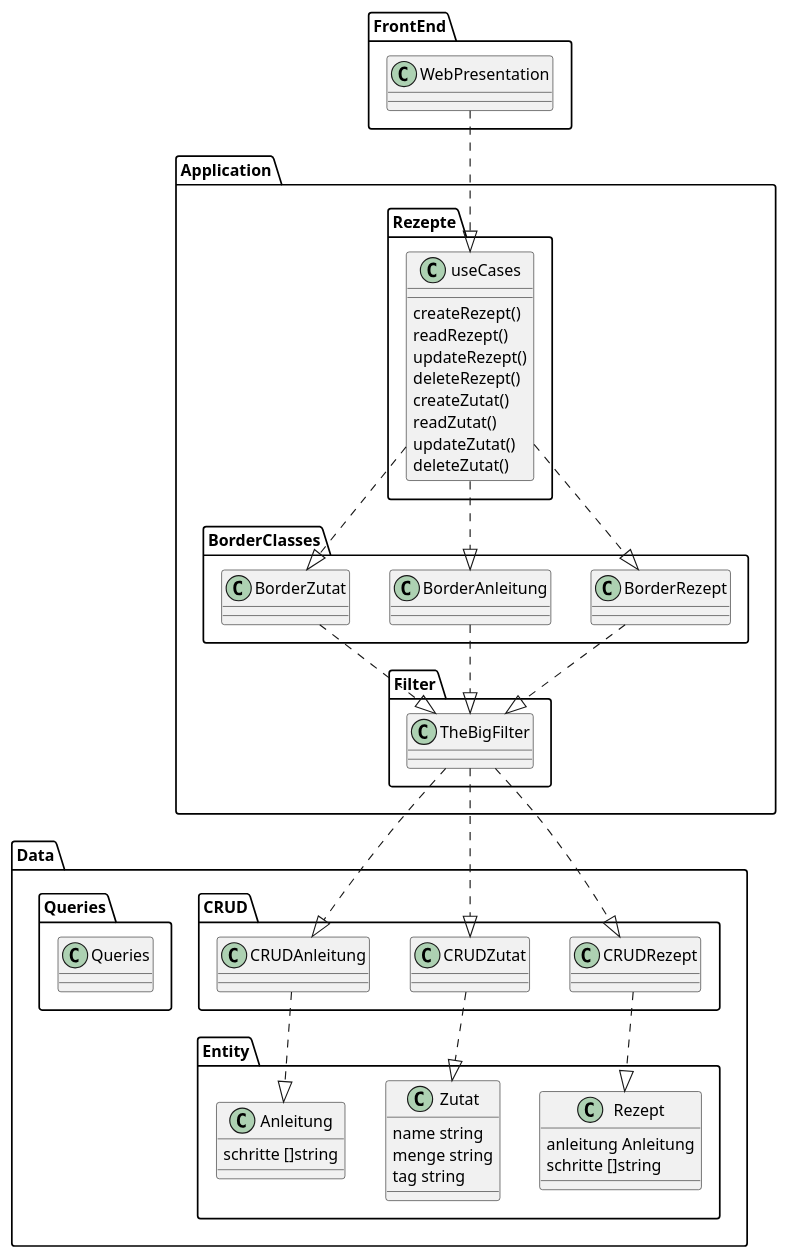
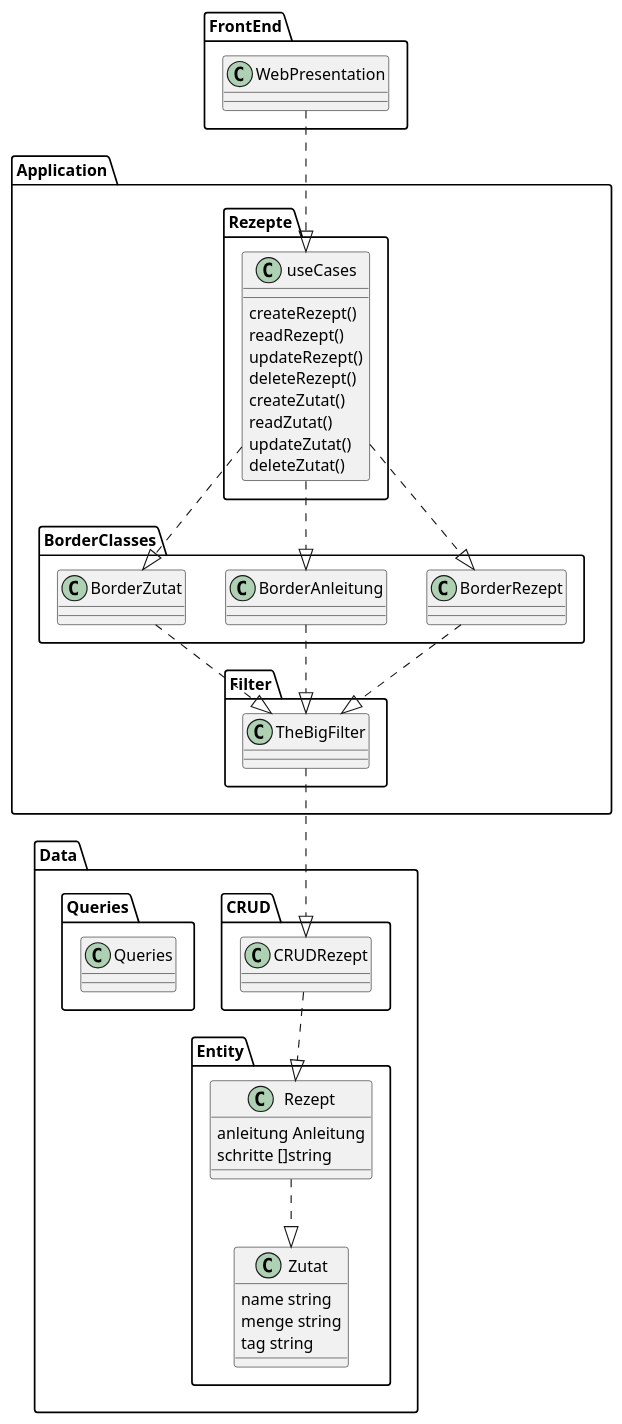
Before and after one commit to Zuppa93/RezeptListe: the diagram in ClassDiagram.puml, drawn with PlantUML. The commit also changed 7 other files, not shown here.

```diff
--- a/ClassDiagram.puml
+++ b/ClassDiagram.puml
@@ -1,88 +1,75 @@
 @startuml
 ' Classes
 
 package FrontEnd {
     class WebPresentation
 }
 
 package "Application"{
 
     package Rezepte{
         class useCases{
             createRezept()
             readRezept()
             updateRezept()
             deleteRezept()
             createZutat()
             readZutat()
             updateZutat()
             deleteZutat()
         }
     }
 
     package "Filter"{
         class TheBigFilter
     }
     package "BorderClasses"{
         class BorderRezept
         class BorderAnleitung
         class BorderZutat
     }
 }
 
 package "Data"{
     package "Entity"{
 
         class Rezept{
             anleitung Anleitung
             schritte []string
         }
 
         class Zutat{
             name string
             menge string
             tag string
         }
-
-        class Anleitung{
-            schritte []string
-        }
     }
 
     package "CRUD"{
-        class CRUDAnleitung{
-        }
-
         class CRUDRezept{
-        }
-
-        class CRUDZutat{
         }
     }
 
     package "Queries"{
         class Queries
     }
 }
 
 'Relations
+Rezept ..|> Zutat
 
-CRUDAnleitung ..|> Anleitung
 CRUDRezept ..|> Rezept
-CRUDZutat ..|> Zutat
 
-TheBigFilter ..|> CRUDAnleitung
 TheBigFilter ..|> CRUDRezept
-TheBigFilter ..|> CRUDZutat
 
 BorderZutat ..|> TheBigFilter
 BorderRezept ..|> TheBigFilter
 BorderAnleitung ..|> TheBigFilter
 
 useCases ..|> BorderZutat
 useCases ..|> BorderRezept
 useCases ..|> BorderAnleitung
 
 WebPresentation ..|> useCases
 
 @enduml
```
